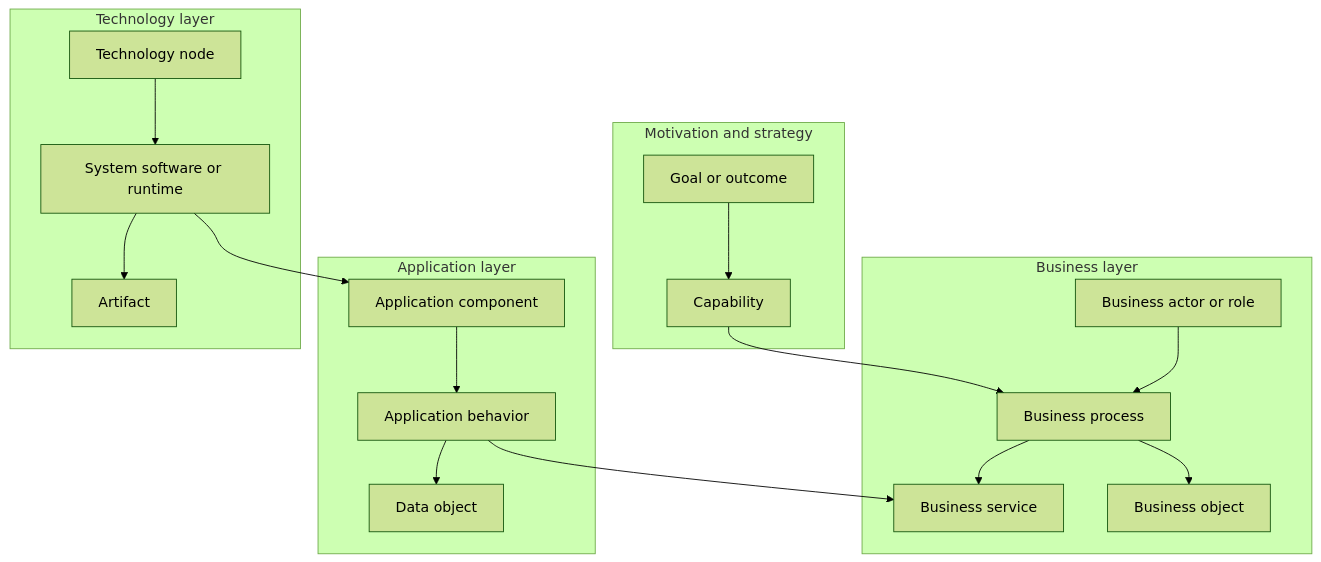
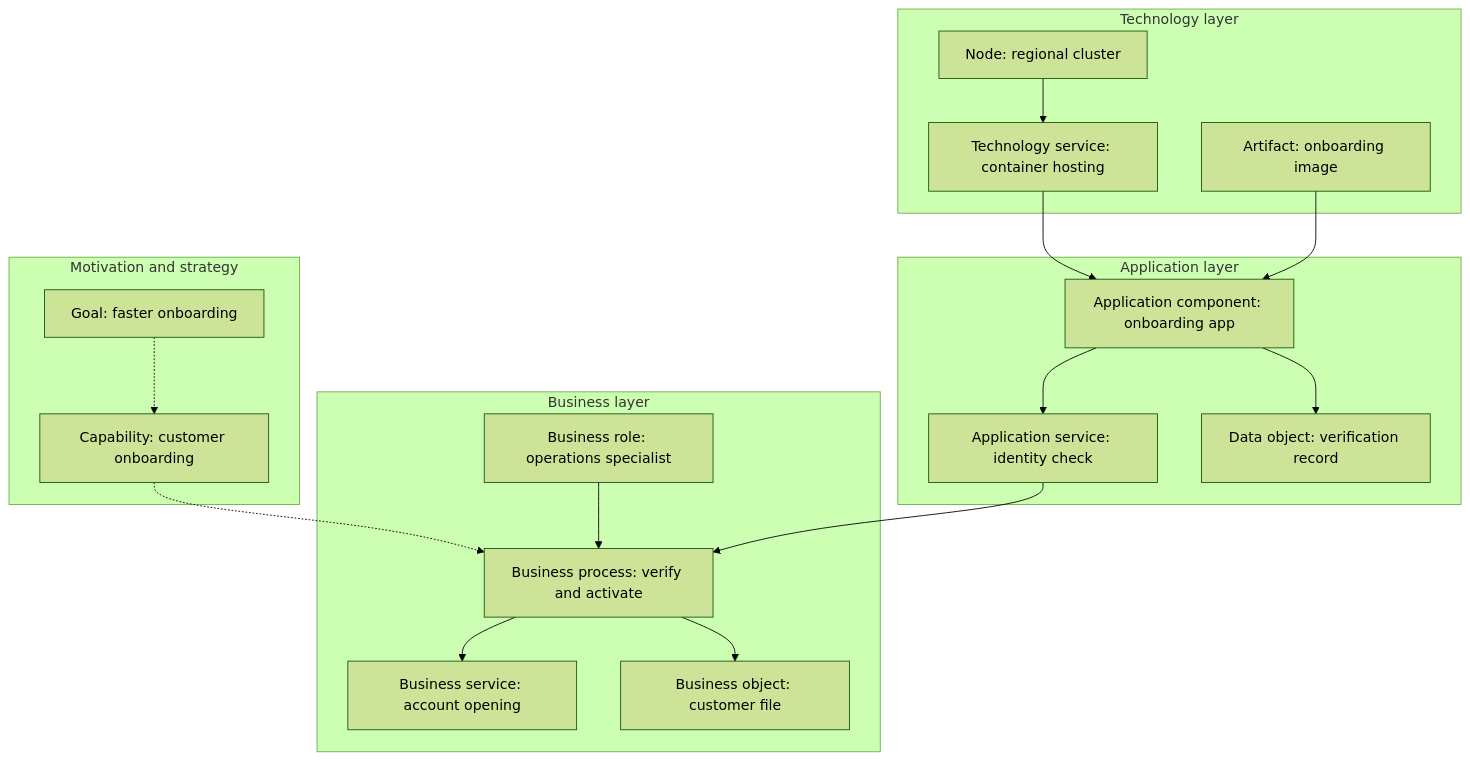
One commit to joydasss/Architect changed the second of 11 diagrams in 18_Enterprise_Architecture/CH03_ArchiMate.md. Above: the diagram before and after it, drawn with Mermaid (forest theme). The commit also changed other lines of this file and 22 other files, not shown here.

Commit message:
Architecture changes

````diff
--- a/18_Enterprise_Architecture/CH03_ArchiMate.md
+++ b/18_Enterprise_Architecture/CH03_ArchiMate.md
@@ -11,34 +88,34 @@
 ```mermaid
 flowchart TB
-    subgraph Motivation[Motivation and strategy]
-        Goal[Goal or outcome]
-        Capability[Capability]
+    subgraph Motivation["Motivation and strategy"]
+        Goal["Goal: faster onboarding"]
+        Capability["Capability: customer onboarding"]
     end
-    subgraph Business[Business layer]
-        Actor[Business actor or role]
-        Process[Business process]
-        Service[Business service]
-        Object[Business object]
+    subgraph Business["Business layer"]
+        Actor["Business role: operations specialist"]
+        Process["Business process: verify and activate"]
+        BService["Business service: account opening"]
+        Object["Business object: customer file"]
     end
-    subgraph Application[Application layer]
-        Component[Application component]
-        Function[Application behavior]
-        Data[Data object]
+    subgraph Application["Application layer"]
+        AService["Application service: identity check"]
+        Component["Application component: onboarding app"]
+        Data["Data object: verification record"]
     end
-    subgraph Technology[Technology layer]
-        Node[Technology node]
-        Runtime[System software or runtime]
-        Artifact[Artifact]
+    subgraph Technology["Technology layer"]
+        TService["Technology service: container hosting"]
+        Node["Node: regional cluster"]
+        Artifact["Artifact: onboarding image"]
     end
-    Goal --> Capability
-    Capability --> Process
+    Goal -.-> Capability
+    Capability -.-> Process
     Actor --> Process
-    Process --> Service
+    Process --> BService
     Process --> Object
-    Component --> Function
-    Function --> Data
-    Function --> Service
-    Node --> Runtime
-    Runtime --> Artifact
-    Runtime --> Component
+    Component --> AService
+    AService --> Process
+    Component --> Data
+    TService --> Component
+    Node --> TService
+    Artifact --> Component
 ```
````
